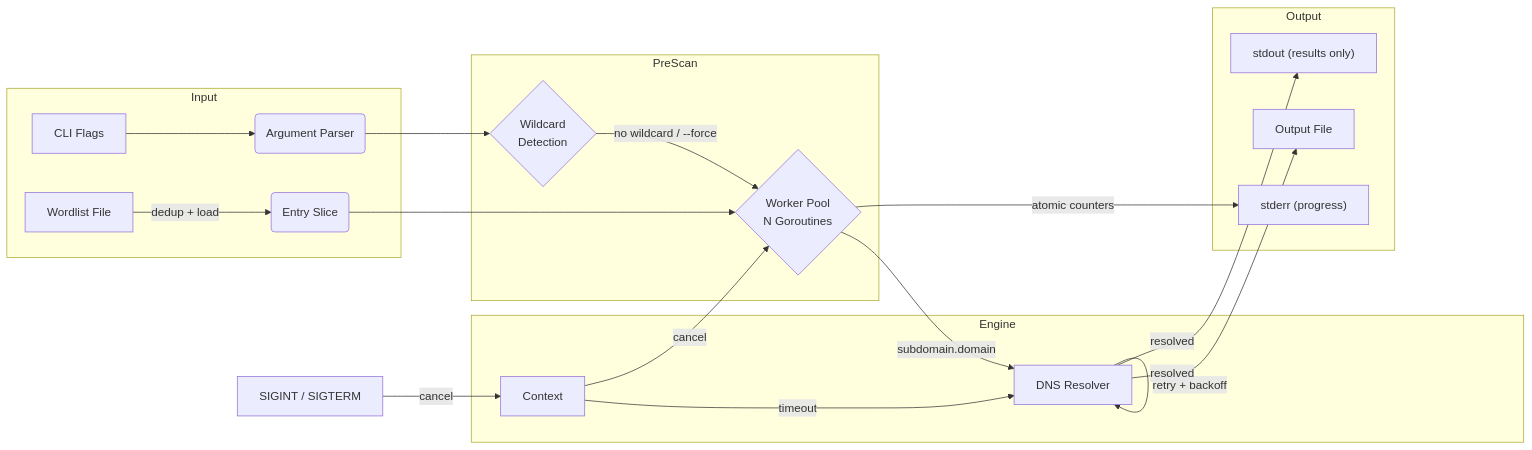
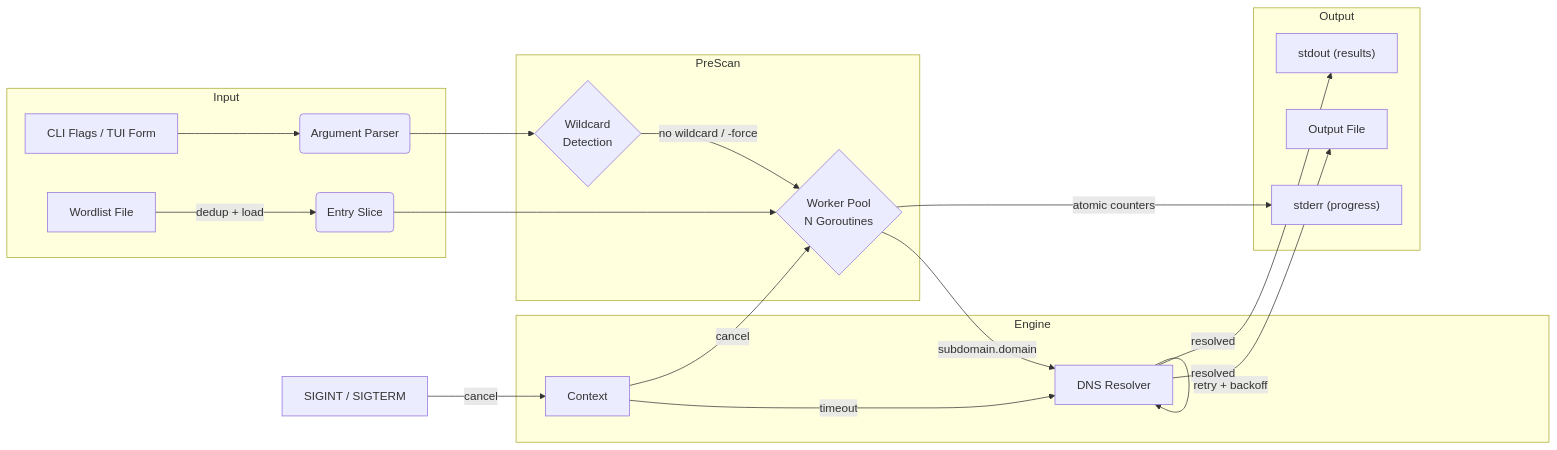
One commit to TMHSDigital/subenum changed the diagram in README.md. Above: the diagram before and after it, drawn with Mermaid. The commit also changed other lines of this file, not shown here.

````diff
--- a/README.md
+++ b/README.md
@@ -52,28 +55,28 @@
 ```mermaid
 flowchart LR
     subgraph Input
         A[Wordlist File] -->|"dedup + load"| B(Entry Slice)
-        C[CLI Flags] --> D(Argument Parser)
+        C[CLI Flags / TUI Form] --> D(Argument Parser)
     end
 
     subgraph PreScan
         D --> W{Wildcard\nDetection}
-        W -->|"no wildcard / --force"| E
+        W -->|"no wildcard / -force"| E
     end
 
     subgraph Engine
         B --> E{Worker Pool\nN Goroutines}
         E -->|subdomain.domain| F[DNS Resolver]
         F -->|retry + backoff| F
         G[Context] -->|cancel| E
         G -->|timeout| F
     end
 
     subgraph OutputLayer ["Output"]
-        F -->|resolved| H["stdout (results only)"]
+        F -->|resolved| H["stdout (results)"]
         F -->|resolved| I[Output File]
         E -->|atomic counters| J["stderr (progress)"]
     end
 
     K[SIGINT / SIGTERM] -->|cancel| G
 ```
````
